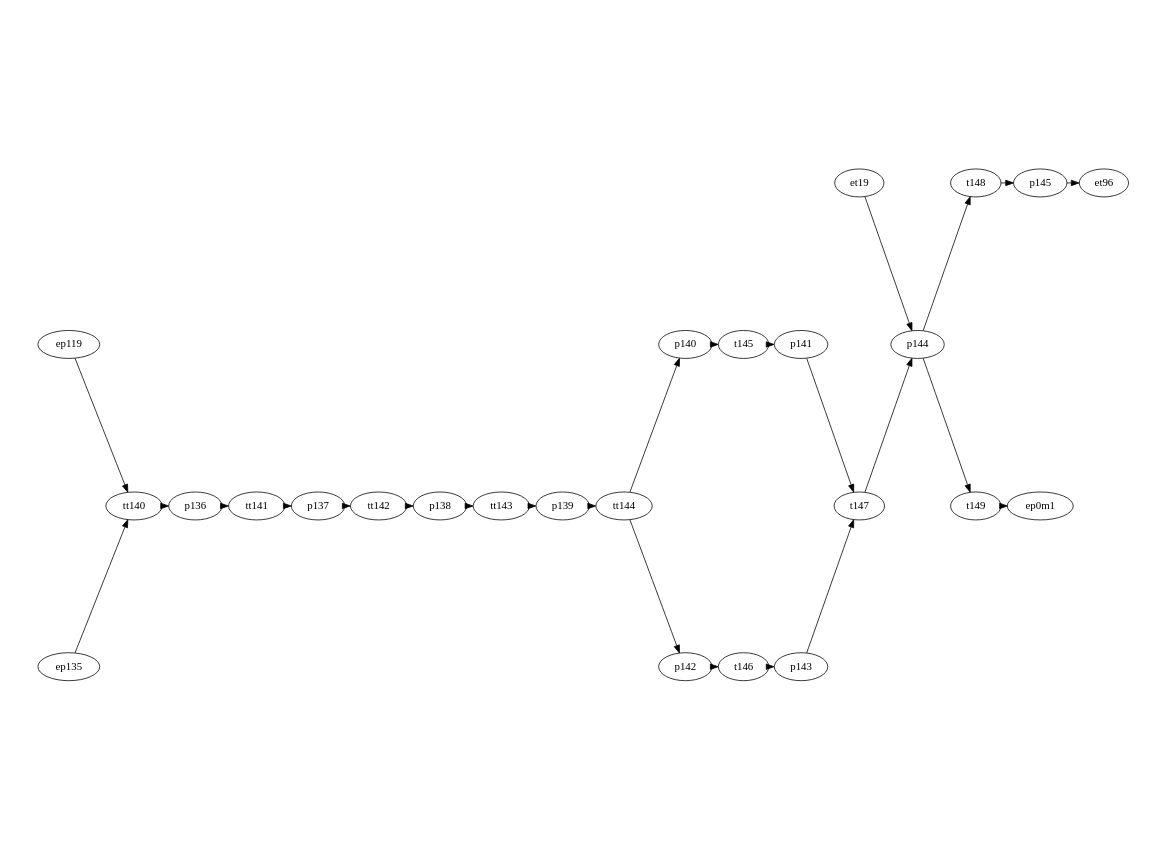
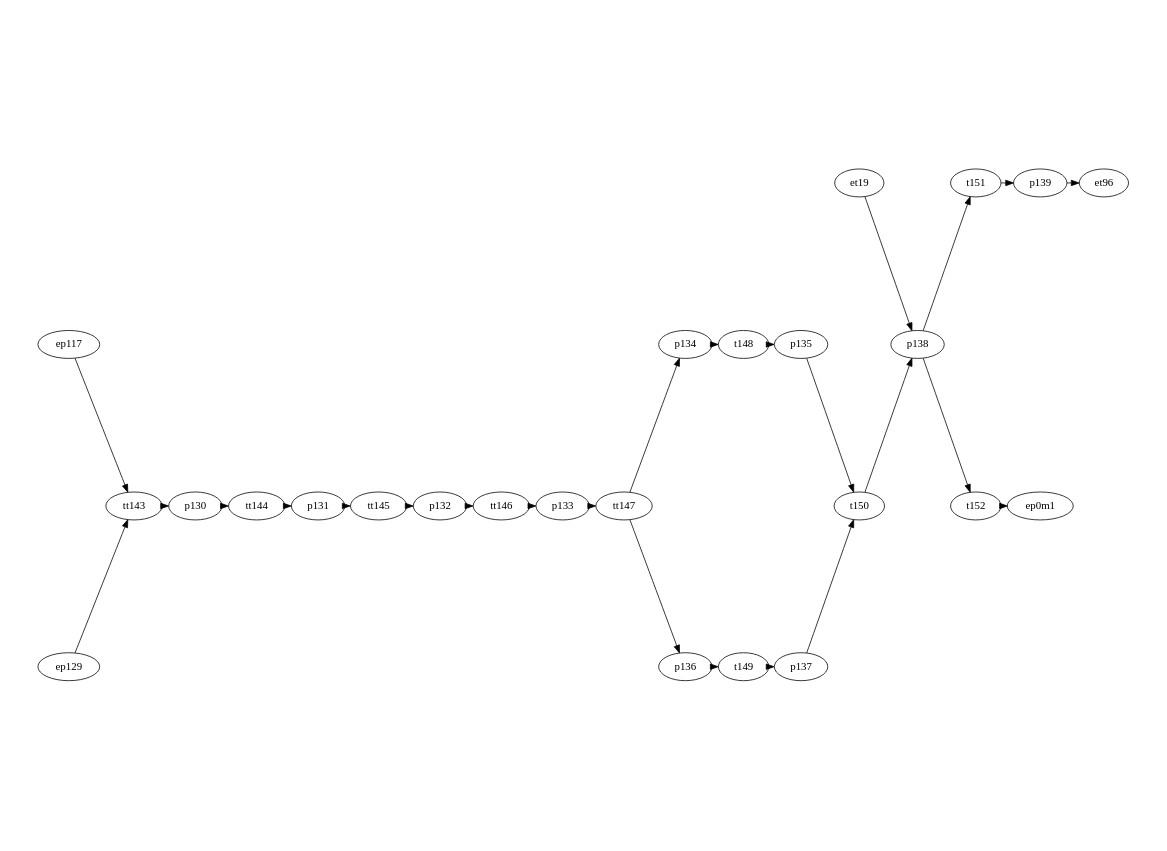
The diagram in figures/petriNets/dot/9-storePiece/storePiece.dot (Accacio/docsTCC), drawn with Graphviz before and after one commit. The commit also changed 3 other files, not shown here.

```diff
--- a/figures/petriNets/dot/9-storePiece/storePiece.dot
+++ b/figures/petriNets/dot/9-storePiece/storePiece.dot
@@ -1,85 +1,84 @@
 digraph A {
     # splines = ortho
     rankdir=LR;
     ratio=fill
     graph [pad="0.5", nodesep="0.05", ranksep="0.02"];
     margin=0;
     size="11.7,8.3!"
 
 # Módulo armazenador (coloca peça e reset)
 
+  p130
+  p131
+  p132
+  p133
+  p134
+  p135
   p136
   p137
   p138
   p139
-  p140
-  p141
-  p142
-  p143
-  p144
-  p145
-
-
-  tt140
-  tt141
-  tt142
+  
   tt143
   tt144
-  t145
-  t146
-  t147
+  tt145
+  tt146
+  tt147
   t148
   t149
+  t150
+  t151
+  t152
 
 
 # subgraph cluster_9 {
 #   label="Store Piece";
 #   labelloc = b
 #   margin=0.3
 #   style="dashed"
   # color="red"
   # pre
 
-  p136 -> tt141
-  p137 -> tt142
-  p138 -> tt143
-  p139 -> tt144
-  p140 -> t145
-  p141 -> t147
-  p142 -> t146
-  p143 -> t147
-  p144 -> t148
-  p144 -> t149
+  p130 -> tt144
+  p131 -> tt145
+  p132 -> tt146
+  p133 -> tt147
+  p134 -> t148
+  p135 -> t150
+  p136 -> t149
+  p137 -> t150
+  p138 -> t151
+  p138 -> t152
 
 
   #pos
 
-  tt140 -> p136
-  tt141 -> p137
-  tt142 -> p138
-  tt143 -> p139
-  tt144 -> p140
-  tt144 -> p142
-  t145 -> p141
-  t146 -> p143
-  t147 -> p144
-  t148 -> p145
+  tt143 -> p130
+  tt144 -> p131
+  tt145 -> p132
+  tt146 -> p133
+  tt147 -> p134
+  tt147 -> p136
+  t148 -> p135
+  t149 -> p137
+  t150 -> p138
+  t151 -> p139
 
 
 # }
 
-ep119
-ep135
-ep119 -> tt140
-ep135 -> tt140
+ep117
+ep129
+ep117 -> tt143
+ep129 -> tt143
 
 ep0m1
-t149 -> ep0m1
+t152 -> ep0m1
 
 et96
-p145 -> et96
+p139 -> et96
 
 et19
-et19 -> p144
+et19 -> p138
 
 }
```
